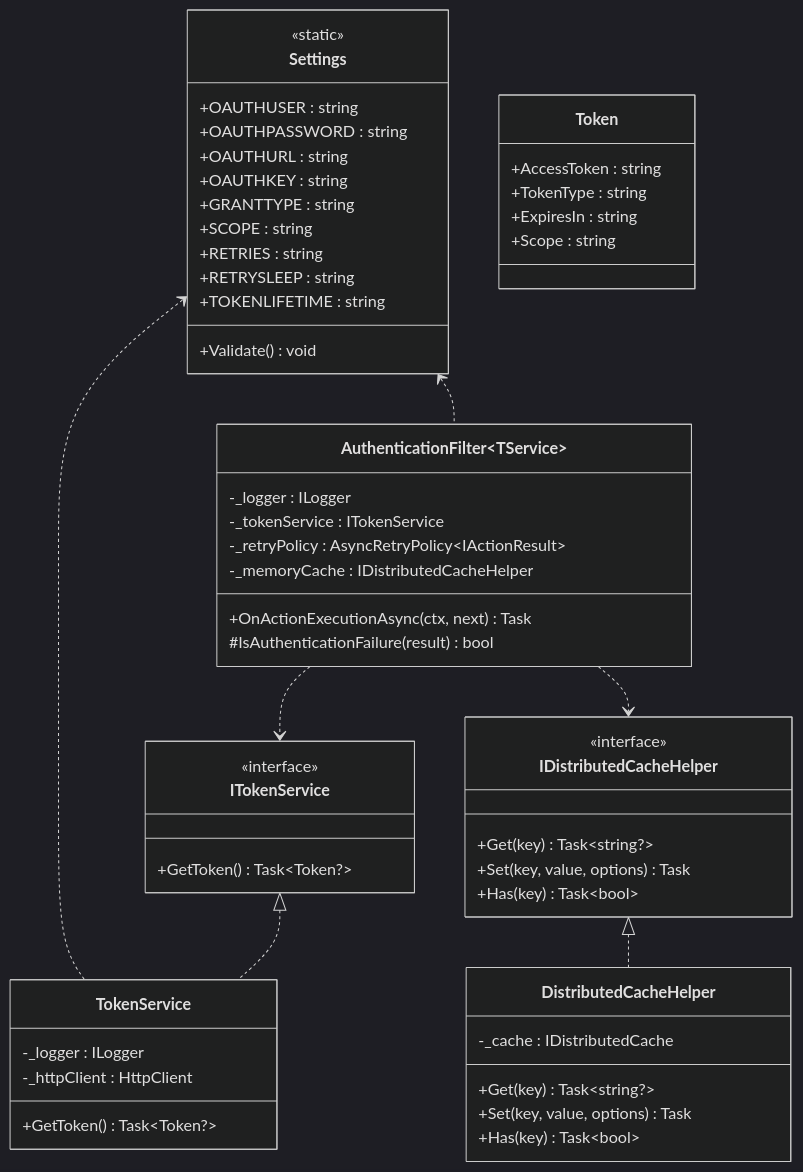
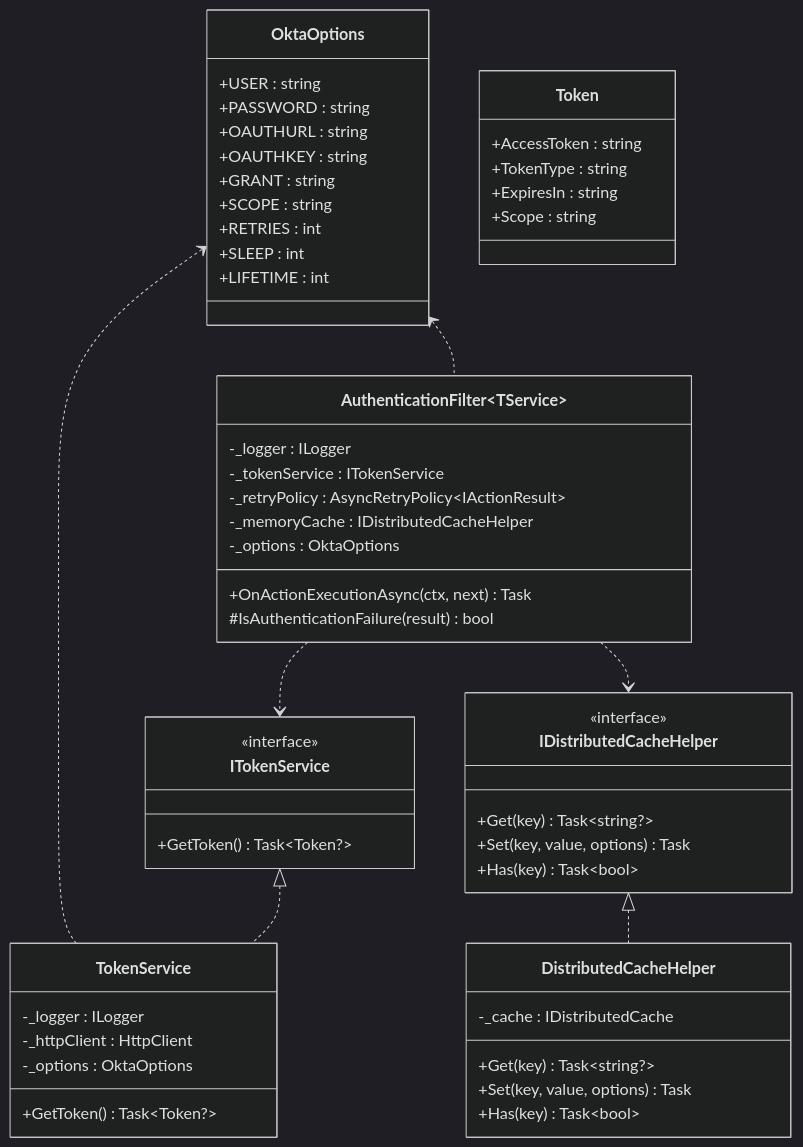
Before and after one commit to john-maurer/Maurer.OktaFilter: the first of 4 diagrams in README.md, drawn with Mermaid (dark theme). The commit also changed other lines of this file and 12 other files, not shown here.

Commit message:
Removed 'Settings.cs', replaced with 'Models.OktaOptions'.

````diff
--- a/README.md
+++ b/README.md
@@ -116,64 +116,64 @@
 ```mermaid
 classDiagram
-class Settings {
-  <<static>>
-  +OAUTHUSER : string
-  +OAUTHPASSWORD : string
+class OktaOptions {
+  +USER : string
+  +PASSWORD : string
   +OAUTHURL : string
   +OAUTHKEY : string
-  +GRANTTYPE : string
+  +GRANT : string
   +SCOPE : string
-  +RETRIES : string
-  +RETRYSLEEP : string
-  +TOKENLIFETIME : string
-  +Validate() void
+  +RETRIES : int
+  +SLEEP : int
+  +LIFETIME : int
 }
 
 class IDistributedCacheHelper {
   <<interface>>
   +Get(key) Task~string?~
   +Set(key, value, options) Task
   +Has(key) Task~bool~
 }
 
 class DistributedCacheHelper {
   -_cache : IDistributedCache
   +Get(key) Task~string?~
   +Set(key, value, options) Task
   +Has(key) Task~bool~
 }
 
 class ITokenService {
   <<interface>>
   +GetToken() Task~Token?~
 }
 
 class TokenService {
   -_logger : ILogger
   -_httpClient : HttpClient
+  -_options : OktaOptions
   +GetToken() Task~Token?~
 }
 
 class AuthenticationFilter~TService~ {
   -_logger : ILogger
   -_tokenService : ITokenService
   -_retryPolicy : AsyncRetryPolicy~IActionResult~
   -_memoryCache : IDistributedCacheHelper
+  -_options : OktaOptions
   +OnActionExecutionAsync(ctx, next) Task
   #IsAuthenticationFailure(result) bool
 }
 
 class Token {
   +AccessToken : string
   +TokenType : string
   +ExpiresIn : string
   +Scope : string
 }
 
-Settings <.. TokenService
-Settings <.. AuthenticationFilter~TService~
+OktaOptions <.. TokenService
+OktaOptions <.. AuthenticationFilter~TService~
 IDistributedCacheHelper <|.. DistributedCacheHelper
 ITokenService <|.. TokenService
 AuthenticationFilter~TService~ ..> IDistributedCacheHelper
 AuthenticationFilter~TService~ ..> ITokenService
 ```
````
